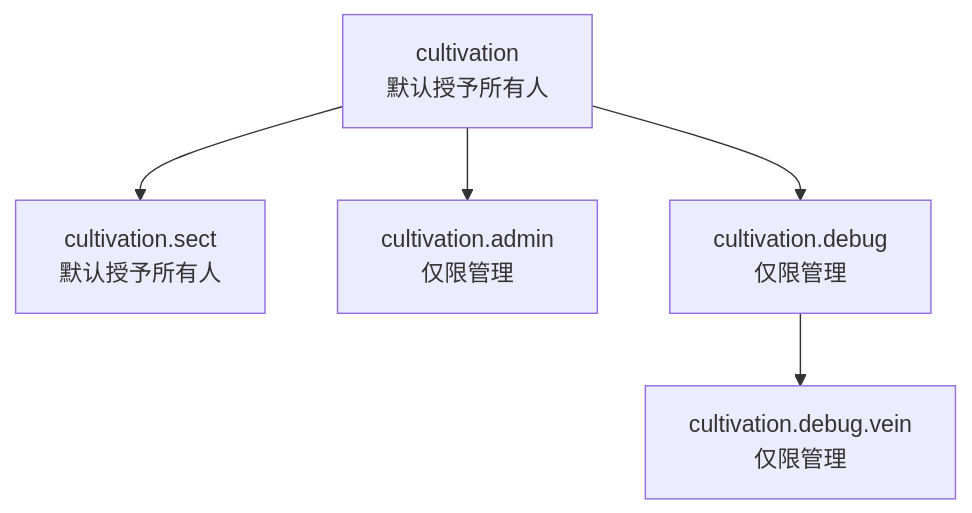
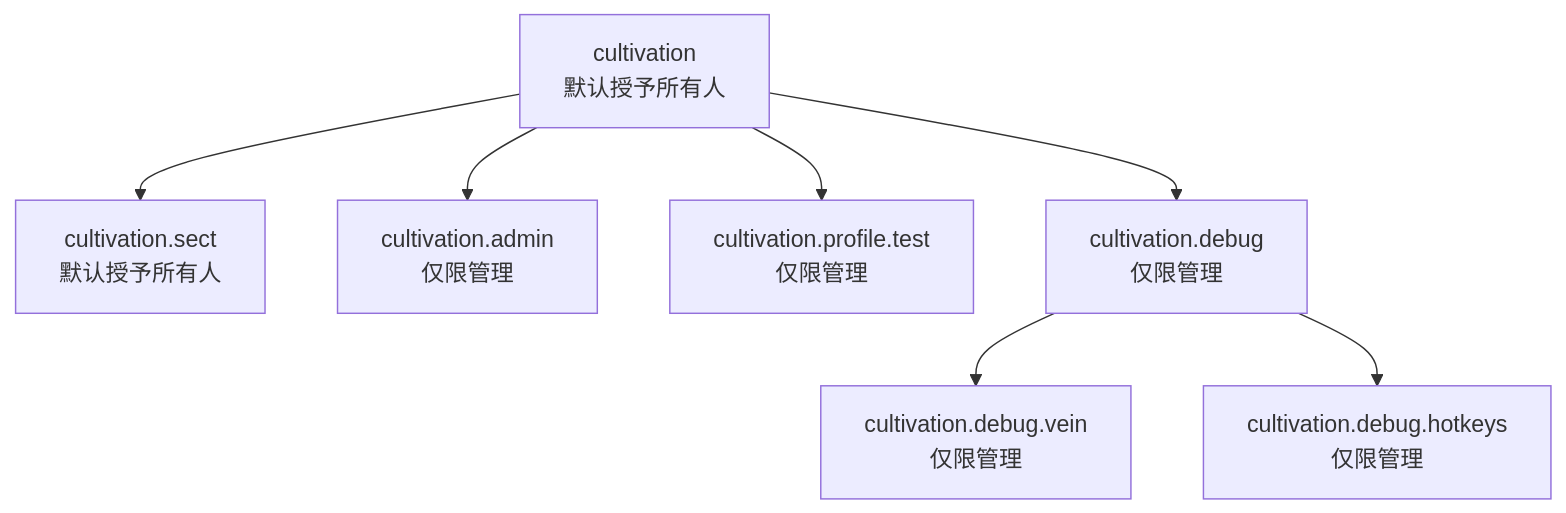
One commit to SirenHytale/cultivation-wiki changed the diagram in zh-src/permissions.md. Above: the diagram before and after it, drawn with Mermaid. The commit also changed other lines of this file and 134 other files, not shown here.

````diff
--- a/zh-src/permissions.md
+++ b/zh-src/permissions.md
@@ -24,8 +26,10 @@
 ```mermaid
 flowchart TD;
   A["cultivation<br/>默认授予所有人"] --> B["cultivation.sect<br/>默认授予所有人"];
   A --> C["cultivation.admin<br/>仅限管理"];
+  A --> F["cultivation.profile.test<br/>仅限管理"];
   A --> D["cultivation.debug<br/>仅限管理"];
   D --> E["cultivation.debug.vein<br/>仅限管理"];
+  D --> G["cultivation.debug.hotkeys<br/>仅限管理"];
   click A "/cultivation/commands/" "前往指令页";
 ```
````
